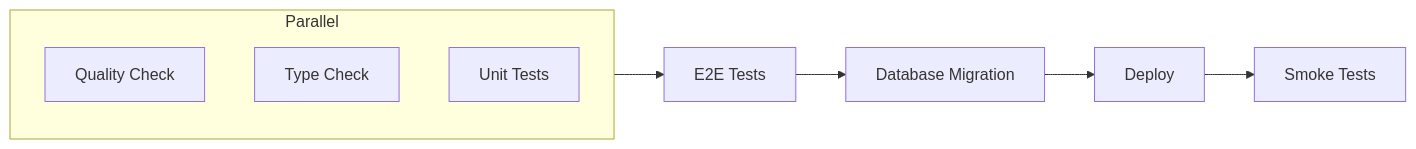
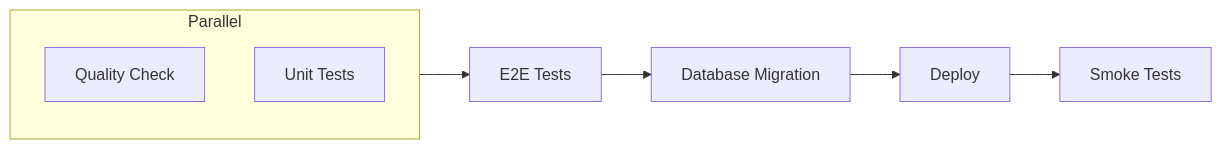
One commit to pagezero-dev/docs changed the diagram in src/content/docs/features/ci-cd.md. Above: the diagram before and after it, drawn with Mermaid. The commit also changed other lines of this file and 1 other file, not shown here.

Commit message:
docs: align quality check and CI docs with unified check scripts (#99)

````diff
--- a/src/content/docs/features/ci-cd.md
+++ b/src/content/docs/features/ci-cd.md
@@ -20,14 +20,13 @@
 ```mermaid
 flowchart LR
     subgraph parallel[Parallel]
         direction TB
         Q[Quality Check]
-        T[Type Check]
         U[Unit Tests]
     end
     
     parallel --> E[E2E Tests]
     E --> D[Database Migration]
     D --> DP[Deploy]
     DP --> S[Smoke Tests]
 ```
````
